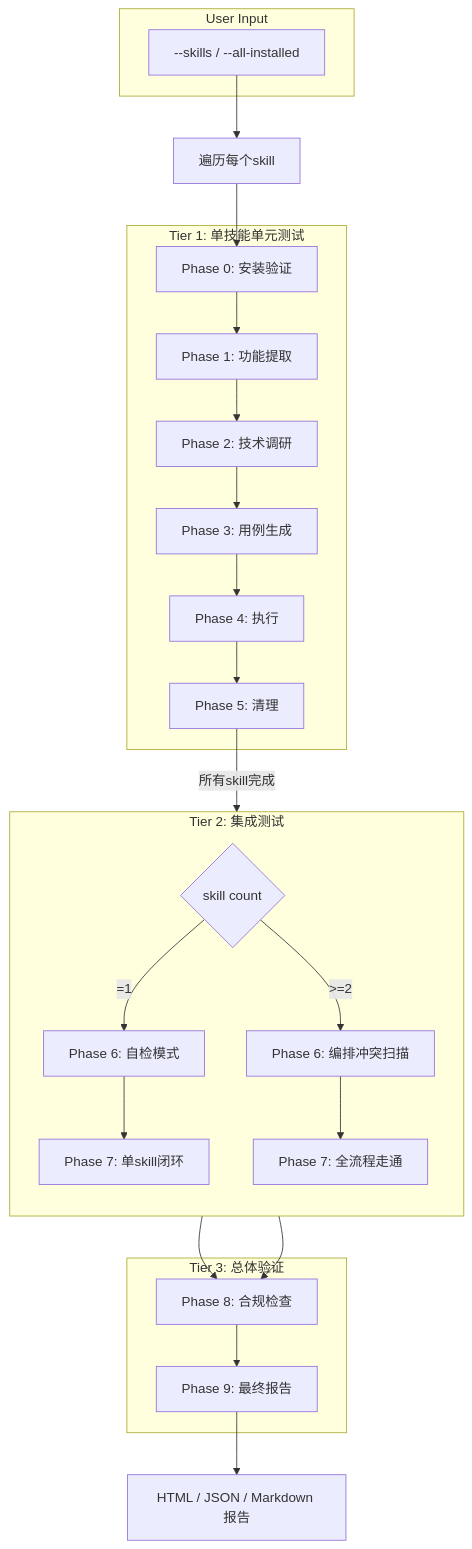
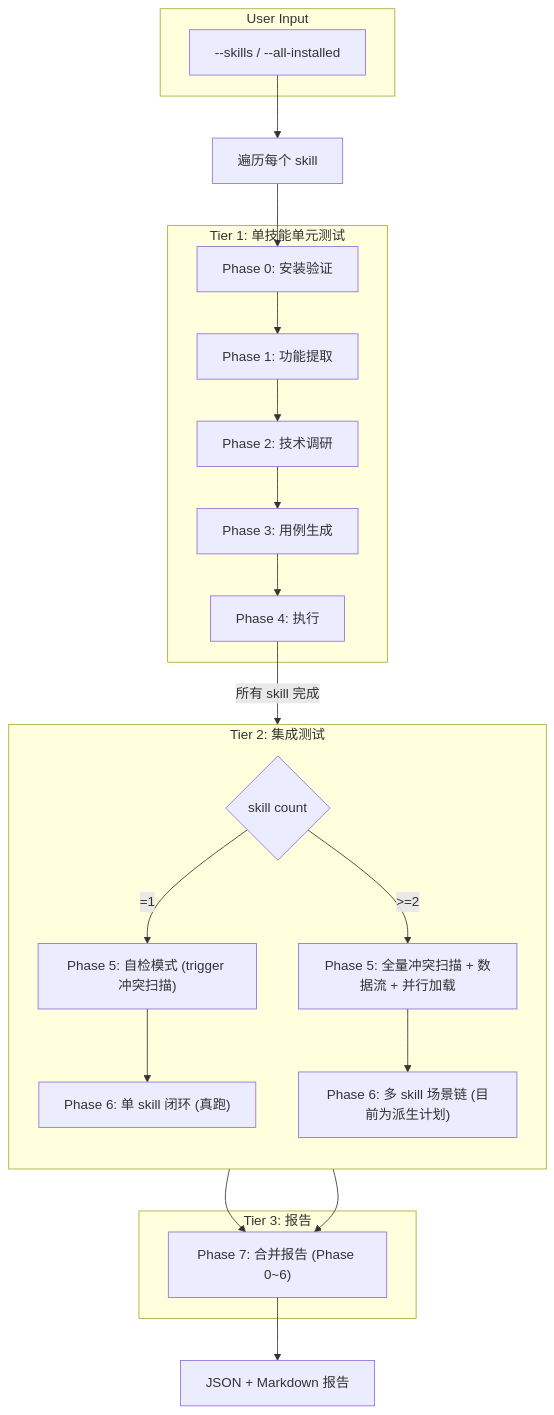
Before and after one commit to RabbitAI-Lab/rabbit-plugins-upstream: the first of 2 diagrams in skills/clawhub/huawei-cloud-skill-tester/references/architecture.md, drawn with Mermaid. The commit also changed other lines of this file and 34510 other files, not shown here.

````diff
--- a/skills/clawhub/huawei-cloud-skill-tester/references/architecture.md
+++ b/skills/clawhub/huawei-cloud-skill-tester/references/architecture.md
@@ -3,37 +7,34 @@
 ```mermaid
 graph TB
     subgraph "User Input"
         A[--skills / --all-installed]
     end
 
     subgraph "Tier 1: 单技能单元测试"
         P0["Phase 0: 安装验证"]
         P1["Phase 1: 功能提取"]
         P2["Phase 2: 技术调研"]
         P3["Phase 3: 用例生成"]
         P4["Phase 4: 执行"]
-        P5["Phase 5: 清理"]
     end
 
     subgraph "Tier 2: 集成测试"
         direction TB
         DECIDE{"skill count"}
-        DECIDE -->|"=1"| P6_SELF["Phase 6: 自检模式"]
-        DECIDE -->|">=2"| P6_FULL["Phase 6: 编排冲突扫描"]
-        P6_SELF --> P7_SELF["Phase 7: 单skill闭环"]
-        P6_FULL --> P7_FULL["Phase 7: 全流程走通"]
+        DECIDE -->|"=1"| P5_SELF["Phase 5: 自检模式 (trigger 冲突扫描)"]
+        DECIDE -->|">=2"| P5_FULL["Phase 5: 全量冲突扫描 + 数据流 + 并行加载"]
+        P5_SELF --> P6_SELF["Phase 6: 单 skill 闭环 (真跑)"]
+        P5_FULL --> P6_FULL["Phase 6: 多 skill 场景链 (目前为派生计划)"]
     end
 
-    subgraph "Tier 3: 总体验证"
-        P8["Phase 8: 合规检查"]
-        P9["Phase 9: 最终报告"]
+    subgraph "Tier 3: 报告"
+        P7["Phase 7: 合并报告 (Phase 0~6)"]
     end
 
-    A --> Tier1_Loop["遍历每个skill"]
-    Tier1_Loop --> P0 --> P1 --> P2 --> P3 --> P4 --> P5
-    P5 -->|"所有skill完成"| DECIDE
-    P7_SELF --> P8
-    P7_FULL --> P8
-    P8 --> P9
-    P9 --> OUTPUT["HTML / JSON / Markdown 报告"]
+    A --> Tier1_Loop["遍历每个 skill"]
+    Tier1_Loop --> P0 --> P1 --> P2 --> P3 --> P4
+    P4 -->|"所有 skill 完成"| DECIDE
+    P6_SELF --> P7
+    P6_FULL --> P7
+    P7 --> OUTPUT["JSON + Markdown 报告"]
 ```
````
